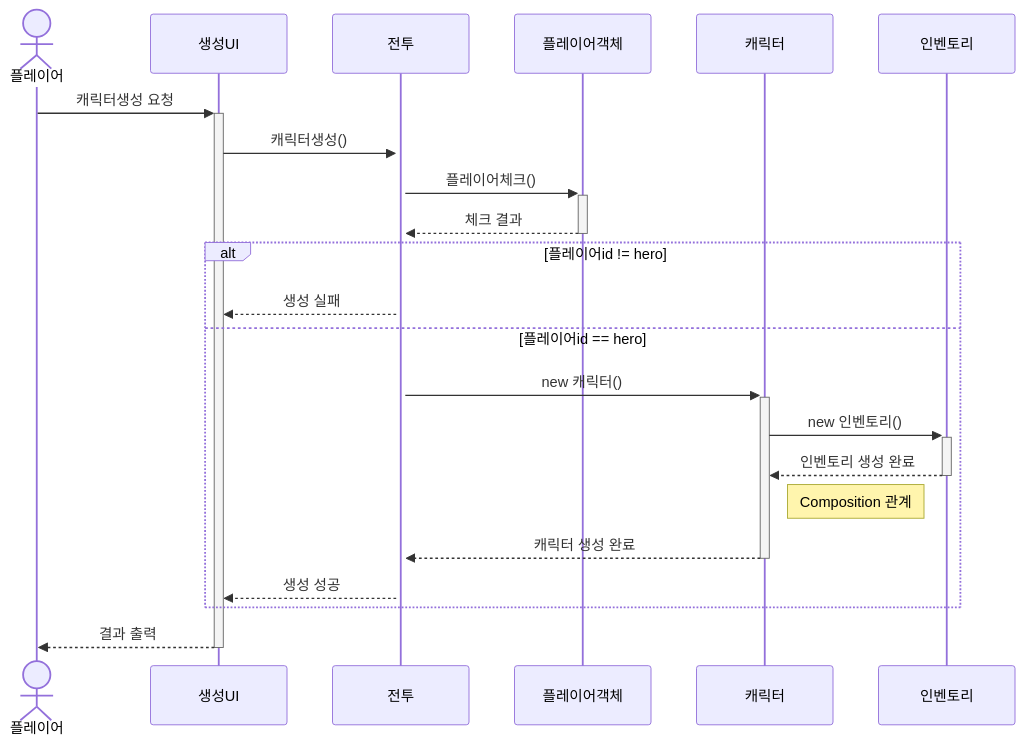
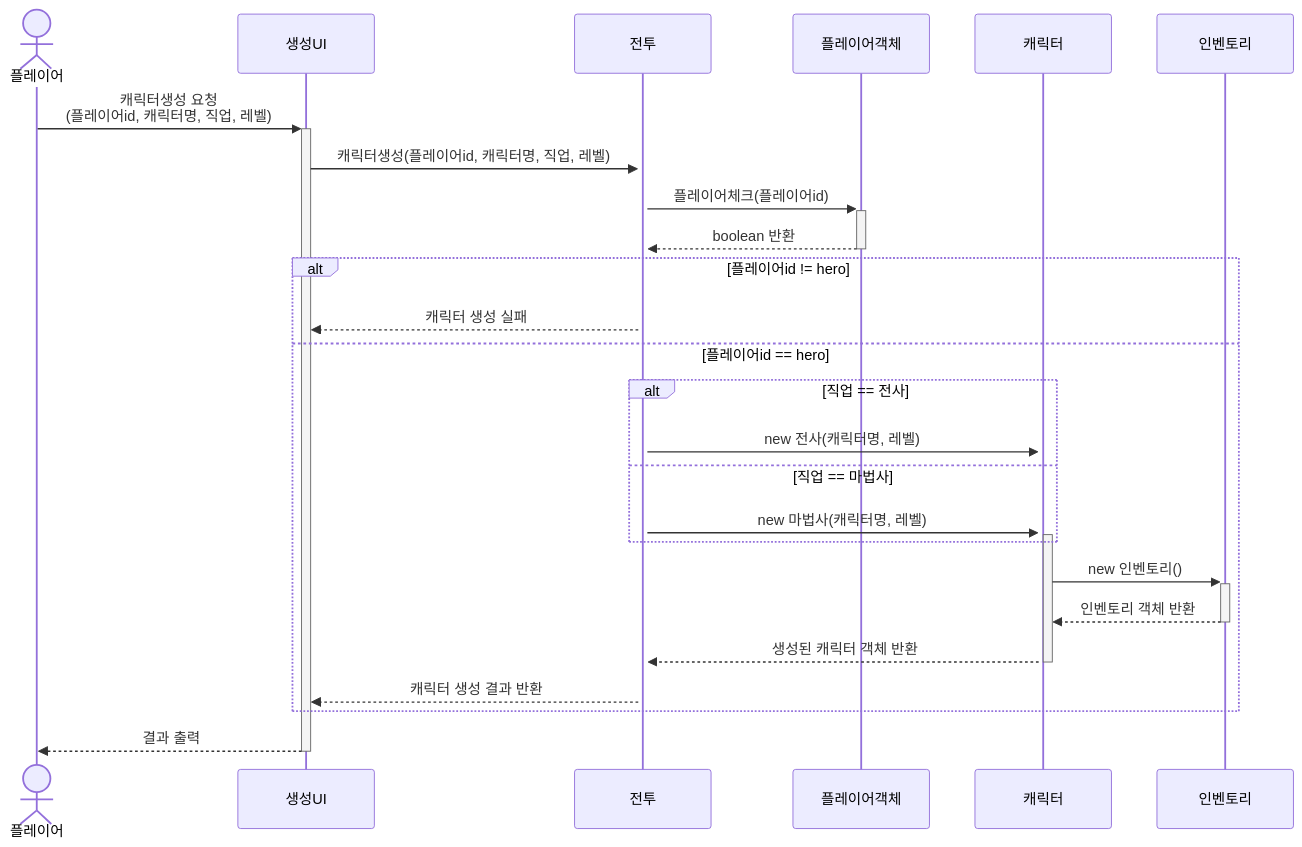
One commit to Sewqp/DnF_Battle2_B_06- changed the diagram in 생성순차도.md. Above: the diagram before and after it, drawn with Mermaid.

````diff
--- a/생성순차도.md
+++ b/생성순차도.md
@@ -1,40 +1,47 @@
 ```mermaid
 sequenceDiagram
     actor 플레이어
 
     participant 생성UI
     participant 전투
     participant 플레이어객체
     participant 캐릭터
     participant 인벤토리
 
-    플레이어->>+생성UI: 캐릭터생성 요청
+    플레이어 ->>+ 생성UI: 캐릭터생성 요청<br/>(플레이어id, 캐릭터명, 직업, 레벨)
 
-    생성UI->>+전투: 캐릭터생성()
+    생성UI ->>+ 전투: 캐릭터생성(플레이어id, 캐릭터명, 직업, 레벨)
 
-    전투->>+플레이어객체: 플레이어체크()
+    전투 ->>+ 플레이어객체: 플레이어체크(플레이어id)
 
-    플레이어객체-->>-전투: 체크 결과
+    플레이어객체 -->>- 전투: boolean 반환
 
     alt 플레이어id != hero
 
-        전투-->>생성UI: 생성 실패
+        전투 -->> 생성UI: 캐릭터 생성 실패
 
     else 플레이어id == hero
 
-        전투->>+캐릭터: new 캐릭터()
+        alt 직업 == 전사
 
-        캐릭터->>+인벤토리: new 인벤토리()
+            전투 ->>+ 캐릭터: new 전사(캐릭터명, 레벨)
 
-        인벤토리-->>-캐릭터: 인벤토리 생성 완료
+        else 직업 == 마법사
 
-        Note right of 캐릭터: Composition 관계
+            전투 ->>+ 캐릭터: new 마법사(캐릭터명, 레벨)
 
-        캐릭터-->>-전투: 캐릭터 생성 완료
+        end
 
-        전투-->>생성UI: 생성 성공
+        캐릭터 ->>+ 인벤토리: new 인벤토리()
+
+        인벤토리 -->>- 캐릭터: 인벤토리 객체 반환
+
+
+        캐릭터 -->>- 전투: 생성된 캐릭터 객체 반환
+
+        전투 -->> 생성UI: 캐릭터 생성 결과 반환
 
     end
 
-    생성UI-->>-플레이어: 결과 출력
+    생성UI -->>- 플레이어: 결과 출력
 ```
````
